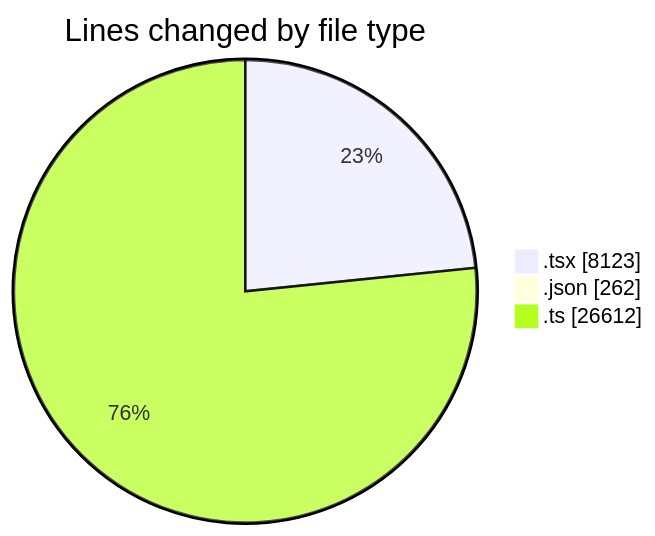
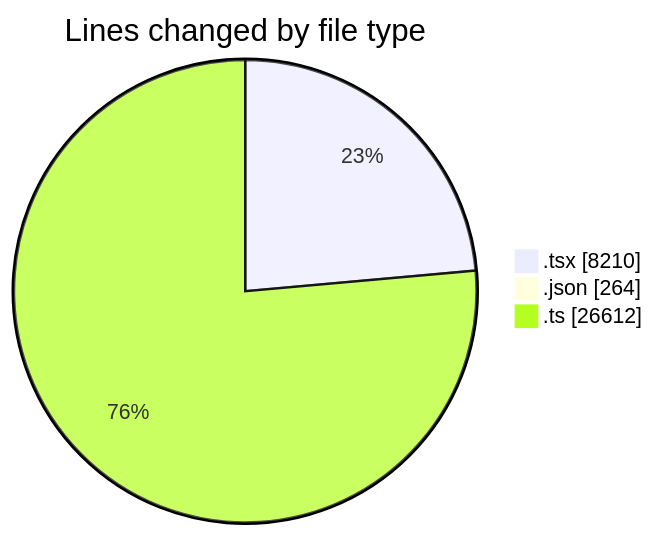
Before and after one commit to momahboobian/code-tracking: the first of 2 diagrams in 2026-11-13/broadcaster-v6-feature/README.md, drawn with Mermaid. The commit also changed other lines of this file and 1 other file, not shown here.

````diff
--- a/2026-11-13/broadcaster-v6-feature/README.md
+++ b/2026-11-13/broadcaster-v6-feature/README.md
@@ -54,7 +56,7 @@
 ```mermaid
 pie showData
 title Lines changed by file type
-".tsx" : 8123
-".json" : 262
+".tsx" : 8210
+".json" : 264
 ".ts" : 26612
 ```
````
